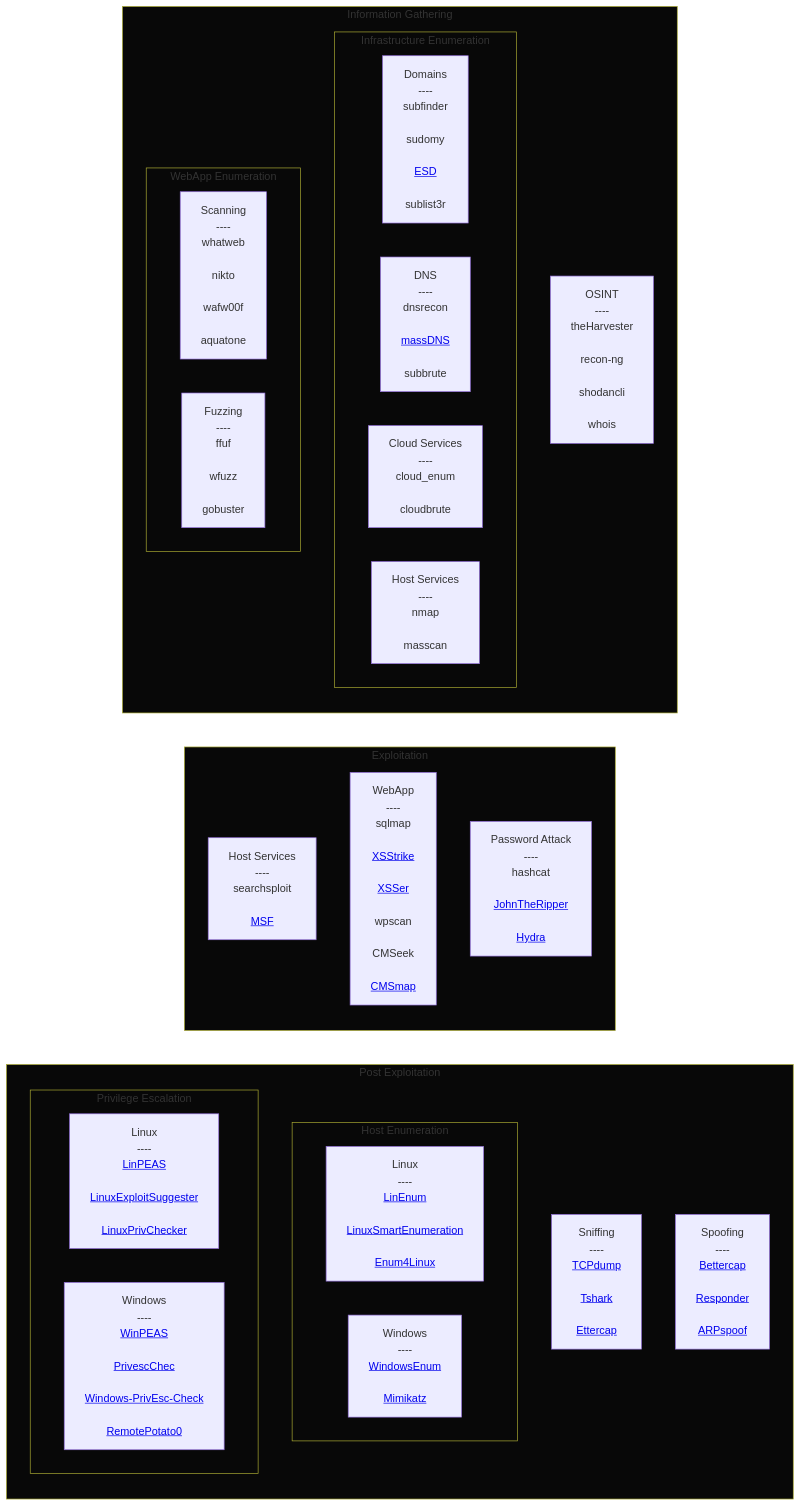
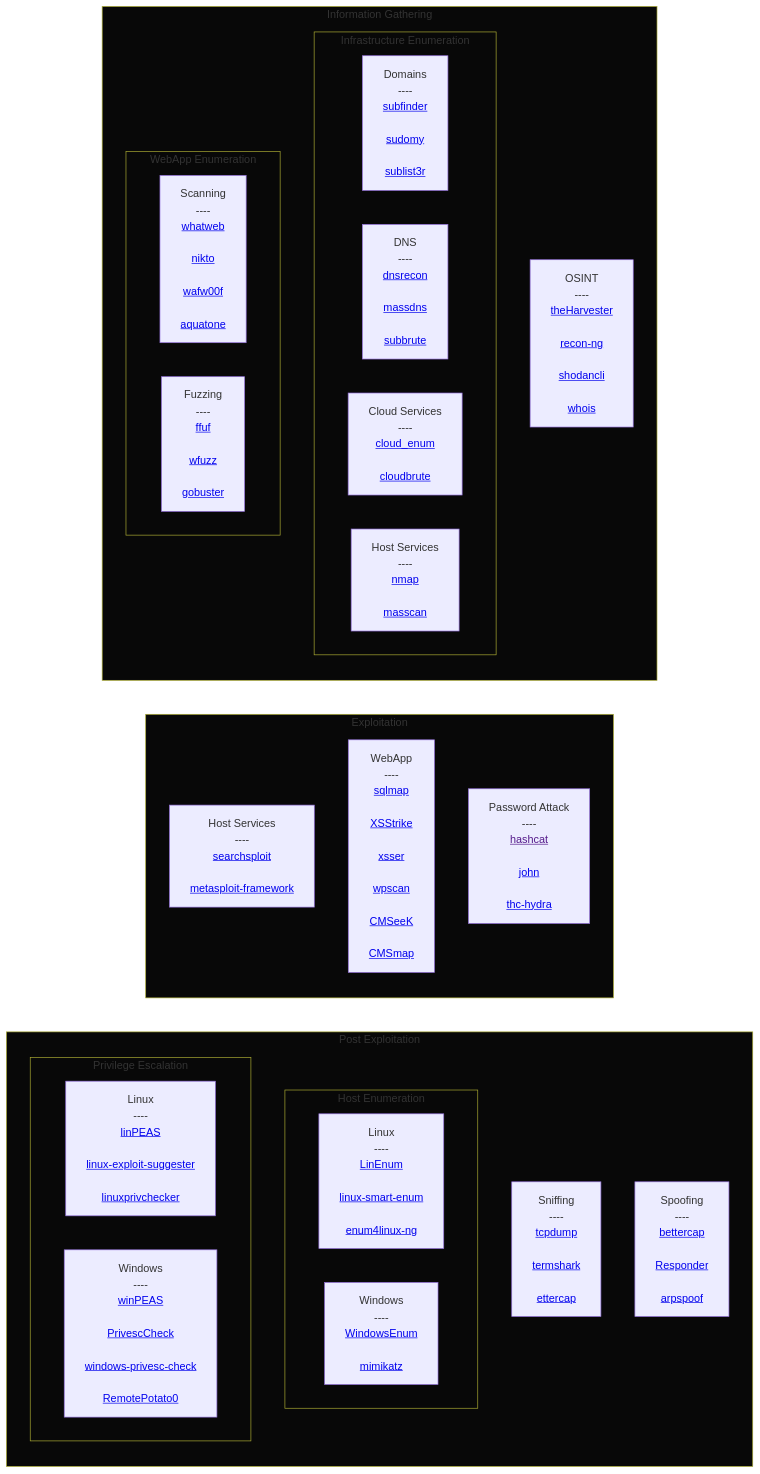
Before and after one commit to Skalyaeve/a-process: the diagram in README.md, drawn with Mermaid.

```diff
--- a/README.md
+++ b/README.md
@@ -9,16 +9,16 @@
                 ----
                 <a href='https://github.com/rebootuser/LinEnum'>LinEnum</a>
 
-                <a href='https://github.com/diego-treitos/linux-smart-enumeration'>LinuxSmartEnumeration</a>
+                <a href='https://github.com/diego-treitos/linux-smart-enumeration'>linux-smart-enum</a>
 
-                <a href='https://github.com/cddmp/enum4linux-ng'>Enum4Linux</a>
+                <a href='https://github.com/cddmp/enum4linux-ng'>enum4linux-ng</a>
             ]
             windows-en[
                 Windows
                 ----
                 <a href='https://github.com/absolomb/WindowsEnum'>WindowsEnum</a>
 
-                <a href='https://github.com/gentilkiwi/mimikatz/wiki'>Mimikatz</a>
+                <a href='https://github.com/gentilkiwi/mimikatz'>mimikatz</a>
             ]
         end
         subgraph privilege-escalation[Privilege Escalation]
@@ -26,20 +26,20 @@
             linux-pe[
                 Linux
                 ----
-                <a href='https://github.com/peass-ng/PEASS-ng/tree/master/linPEAS'>LinPEAS</a>
+                <a href='https://github.com/peass-ng/PEASS-ng/tree/master/linPEAS'>linPEAS</a>
 
-                <a href='https://github.com/The-Z-Labs/linux-exploit-suggester'>LinuxExploitSuggester</a>
+                <a href='https://github.com/The-Z-Labs/linux-exploit-suggester'>linux-exploit-suggester</a>
 
-                <a href='https://github.com/sleventyeleven/linuxprivchecker'>LinuxPrivChecker</a>
+                <a href='https://github.com/sleventyeleven/linuxprivchecker'>linuxprivchecker</a>
             ]
             windows-pe[
                 Windows
                 ----
-                <a href='https://github.com/peass-ng/PEASS-ng/tree/master/winPEAS'>WinPEAS</a>
+                <a href='https://github.com/peass-ng/PEASS-ng/tree/master/winPEAS'>winPEAS</a>
 
-                <a href='https://github.com/itm4n/PrivescCheck'>PrivescChec</a>
+                <a href='https://github.com/itm4n/PrivescCheck'>PrivescCheck</a>
 
-                <a href='https://github.com/pentestmonkey/windows-privesc-check'>Windows-PrivEsc-Check</a>
+                <a href='https://github.com/pentestmonkey/windows-privesc-check'>windows-privesc-check</a>
 
                 <a href='https://github.com/antonioCoco/RemotePotato0'>RemotePotato0</a>
             ]
@@ -47,20 +47,20 @@
         sniffing[
             Sniffing
             ----
-            <a href='https://github.com/the-tcpdump-group/tcpdump'>TCPdump</a>
+            <a href='https://github.com/the-tcpdump-group/tcpdump'>tcpdump</a>
 
-            <a href='https://github.com/gcla/termshark'>Tshark</a>
+            <a href='https://github.com/gcla/termshark'>termshark</a>
 
-            <a href='https://github.com/Ettercap/ettercap'>Ettercap</a>
+            <a href='https://github.com/Ettercap/ettercap'>ettercap</a>
         ]
         spoofing[
             Spoofing
             ----
-            <a href='https://github.com/bettercap/bettercap'>Bettercap</a>
+            <a href='https://github.com/bettercap/bettercap'>bettercap</a>
 
             <a href='https://github.com/SpiderLabs/Responder'>Responder</a>
 
-            <a href='https://github.com/alandau/arpspoof'>ARPspoof</a>
+            <a href='https://github.com/alandau/arpspoof'>arpspoof</a>
         ]
     end
     subgraph exploitation[Exploitation]
@@ -68,33 +68,33 @@
         host-services[
             Host Services
             ----
-            searchsploit
+            <a href='https://gitlab.com/exploit-database/exploitdb'>searchsploit</a>
 
-            <a href='https://github.com/rapid7/metasploit-framework'>MSF</a>
+            <a href='https://github.com/rapid7/metasploit-framework'>metasploit-framework</a>
         ]
         webapp[
             WebApp
             ----
-            sqlmap
+            <a href='https://github.com/sqlmapproject/sqlmap'>sqlmap
 
             <a href='https://github.com/s0md3v/XSStrike'>XSStrike</a>
 
-            <a href='https://github.com/epsylon/xsser'>XSSer</a>
+            <a href='https://github.com/epsylon/xsser'>xsser</a>
 
-            wpscan
+            <a href='https://github.com/wpscanteam/wpscan'>wpscan</a>
 
-            CMSeek
+            <a href='https://github.com/Tuhinshubhra/CMSeeK'>CMSeeK</a>
 
             <a href='https://github.com/dionach/CMSmap'>CMSmap</a>
         ]
         password-attack[
             Password Attack
             ----
-            hashcat
+            <a href=''>hashcat</a>
 
-            <a href='https://github.com/openwall/john'>JohnTheRipper</a>
+            <a href='https://github.com/openwall/john'>john</a>
 
-            <a href='https://github.com/vanhauser-thc/thc-hydra'>Hydra</a>
+            <a href='https://github.com/vanhauser-thc/thc-hydra'>thc-hydra</a>
         ]
     end
     subgraph information-gathering[Information Gathering]
@@ -102,49 +102,47 @@
         osint[
             OSINT
             ----
-            theHarvester
+            <a href='https://github.com/laramies/theHarvester'>theHarvester</a>
 
-            recon-ng
+            <a href='https://github.com/lanmaster53/recon-ng'>recon-ng</a>
 
-            shodancli
+            <a href='https://github.com/malinkinsa/shodancli'>shodancli</a>
 
-            whois
+            <a href='https://github.com/weppos/whois'>whois</a>
         ]
         subgraph infrastructure-enumeration[Infrastructure Enumeration]
         direction LR
             domains[
                 Domains
                 ----
-                subfinder
+                <a href='https://github.com/projectdiscovery/subfinder'>subfinder</a>
 
-                sudomy
+                <a href='https://github.com/screetsec/Sudomy'>sudomy</a>
 
-                <a href='https://github.com/FeeiCN/ESD?tab=readme-ov-file'>ESD</a>
-
-                sublist3r
+                <a href='https://github.com/aboul3la/Sublist3r'>sublist3r</a>
             ]
             dns[
                 DNS
                 ----
-                dnsrecon
+                <a href='https://github.com/darkoperator/dnsrecon'>dnsrecon</a>
 
-                <a href='https://github.com/blechschmidt/massdns'>massDNS</a>
+                <a href='https://github.com/blechschmidt/massdns'>massdns</a>
 
-                subbrute
+                <a href='https://github.com/TheRook/subbrute'>subbrute</a>
             ]
             cloud[
                 Cloud Services
                 ----
-                cloud_enum
+                <a href='https://github.com/initstring/cloud_enum'>cloud_enum</a>
 
-                cloudbrute
+                <a href='https://github.com/0xsha/CloudBrute'>cloudbrute</a>
             ]
             host[
                 Host Services
                 ----
-                nmap
+                <a href='https://github.com/nmap/nmap'>nmap</a>
 
-                masscan
+                <a href='https://github.com/robertdavidgraham/masscan'>masscan</a>
             ]
         end
         subgraph webapp-enumeration[WebApp Enumeration]
@@ -152,22 +150,22 @@
             scanning[
                 Scanning
                 ----
-                whatweb
+                <a href='https://github.com/urbanadventurer/WhatWeb'>whatweb</a>
 
-                nikto
+                <a href='https://github.com/sullo/nikto'>nikto</a>
 
-                wafw00f
+                <a href='https://github.com/EnableSecurity/wafw00f'>wafw00f</a>
 
-                aquatone
+                <a href='https://github.com/michenriksen/aquatone'>aquatone</a>
             ]
             fuzzing[
                 Fuzzing
                 ----
-                ffuf
+                <a href='https://github.com/ffuf/ffuf'>ffuf</a>
 
-                wfuzz
+                <a href='https://github.com/xmendez/wfuzz'>wfuzz</a>
 
-                gobuster
+                <a href='https://github.com/OJ/gobuster'>gobuster</a>
             ]
         end
     end
```
